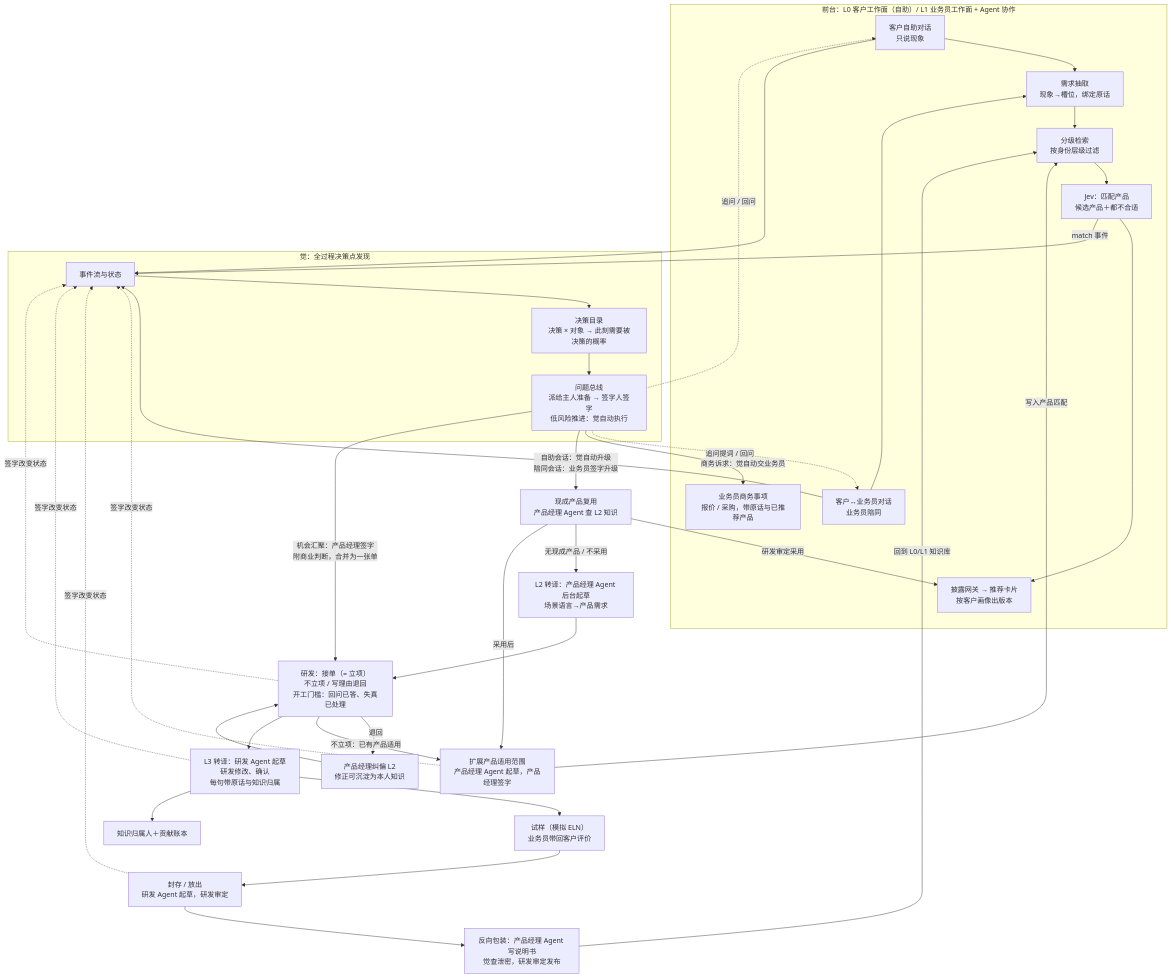
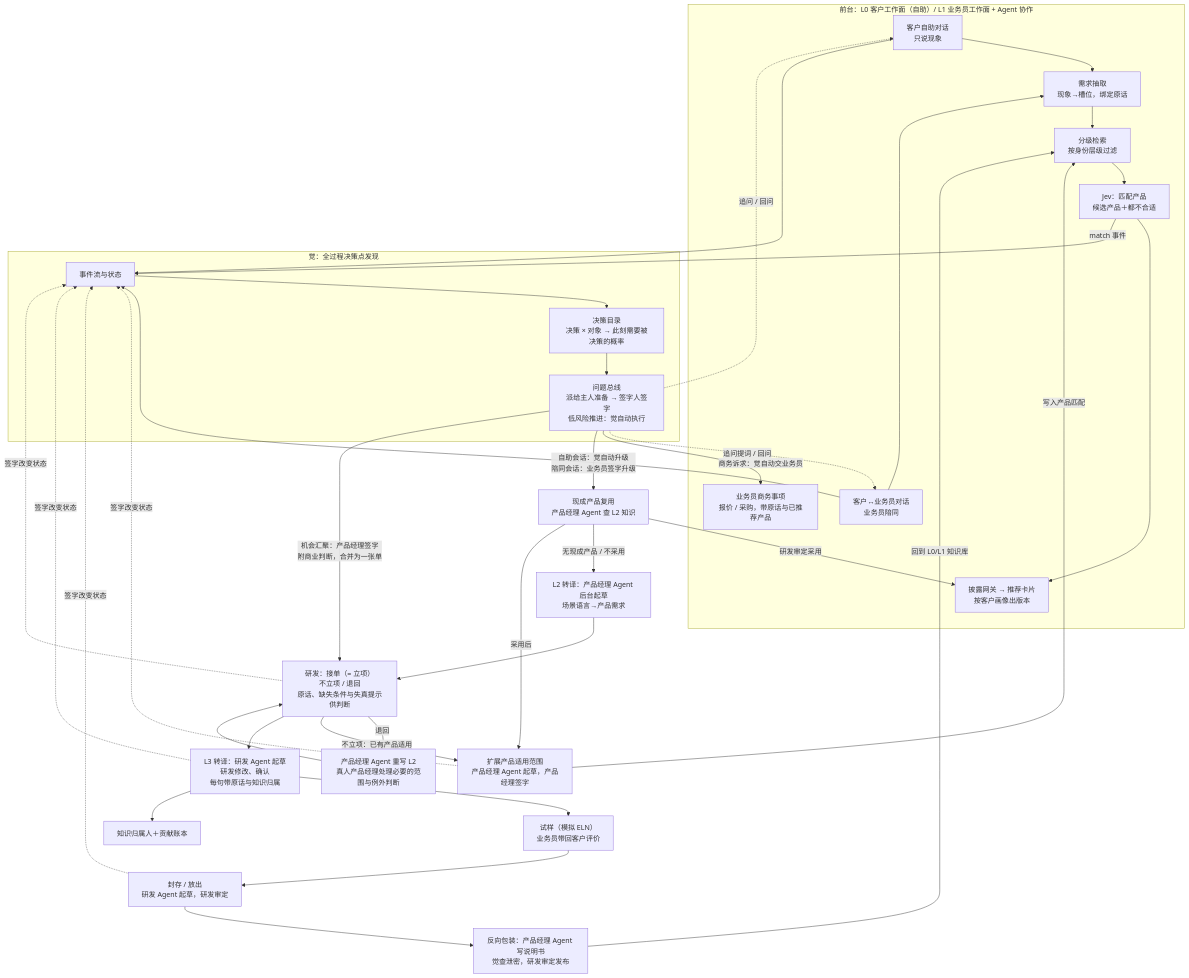
Before and after one commit to Deliaru/Hua-Yan: the diagram in docs/ARCHITECTURE.md, drawn with Mermaid. The commit also changed other lines of this file and 7 other files, not shown here.

````diff
--- a/docs/ARCHITECTURE.md
+++ b/docs/ARCHITECTURE.md
@@ -24,41 +26,41 @@
 ```mermaid
 flowchart TB
   subgraph FRONT["前台：L0 客户工作面（自助）/ L1 业务员工作面 + Agent 协作"]
     A0["客户自助对话<br/>只说现象"] --> B["需求抽取<br/>现象→槽位，绑定原话"]
     A["客户↔业务员对话<br/>业务员陪同"] --> B
     B --> C["分级检索<br/>按身份层级过滤"]
     C --> D["Jev：匹配产品<br/>候选产品＋都不合适"]
     D --> E["披露网关 → 推荐卡片<br/>按客户画像出版本"]
     SALES["业务员商务事项<br/>报价 / 采购，带原话与已推荐产品"]
   end
   subgraph JUE["觉：全过程决策点发现"]
     R1["事件流与状态"] --> R2["决策目录<br/>决策 × 对象 → 此刻需要被决策的概率"]
     R2 --> BUS["问题总线<br/>派给主人准备 → 签字人签字<br/>低风险推进：觉自动执行"]
   end
   A0 --> R1
   A --> R1
   D -- match 事件 --> R1
   BUS -. 追问 / 回问 .-> A0
   BUS -. 追问提词 / 回问 .-> A
   BUS -- 商务诉求：觉自动交业务员 --> SALES
   BUS -- 自助会话：觉自动升级<br/>陪同会话：业务员签字升级 --> REUSE["现成产品复用<br/>产品经理 Agent 查 L2 知识"]
   REUSE -- 研发审定采用 --> E
   REUSE -- 无现成产品 / 不采用 --> PM["L2 转译：产品经理 Agent 后台起草<br/>场景语言→产品需求"]
-  PM --> ACC["研发：接单（= 立项）<br/>不立项 / 写理由退回<br/>开工门槛：回问已答、失真已处理"]
-  ACC -- 退回 --> FIX["产品经理纠偏 L2<br/>修正可沉淀为本人知识"]
+  PM --> ACC["研发：接单（= 立项）<br/>不立项 / 退回<br/>原话、缺失条件与失真提示供判断"]
+  ACC -- 退回 --> FIX["产品经理 Agent 重写 L2<br/>真人产品经理处理必要的范围与例外判断"]
   FIX --> ACC
   ACC -- 不立项：已有产品适用 --> SCOPE["扩展产品适用范围<br/>产品经理 Agent 起草，产品经理签字"]
   REUSE -- 采用后 --> SCOPE
   SCOPE -- 写入产品匹配 --> C
   BUS -- 机会汇聚：产品经理签字<br/>附商业判断，合并为一张单 --> ACC
   ACC --> REQ["L3 转译：研发 Agent 起草<br/>研发修改、确认<br/>每句带原话与知识归属"]
   REQ --> RD["试样（模拟 ELN）<br/>业务员带回客户评价"]
   RD --> SEAL["封存 / 放出<br/>研发 Agent 起草，研发审定"]
   SEAL --> PKG["反向包装：产品经理 Agent 写说明书<br/>觉查泄密，研发审定发布"]
   PKG -- 回到 L0/L1 知识库 --> C
   REQ --> OWN["知识归属人＋贡献账本"]
   ACC -. 签字改变状态 .-> R1
   REQ -. 签字改变状态 .-> R1
   SEAL -. 签字改变状态 .-> R1
   SCOPE -. 签字改变状态 .-> R1
 ```
````
